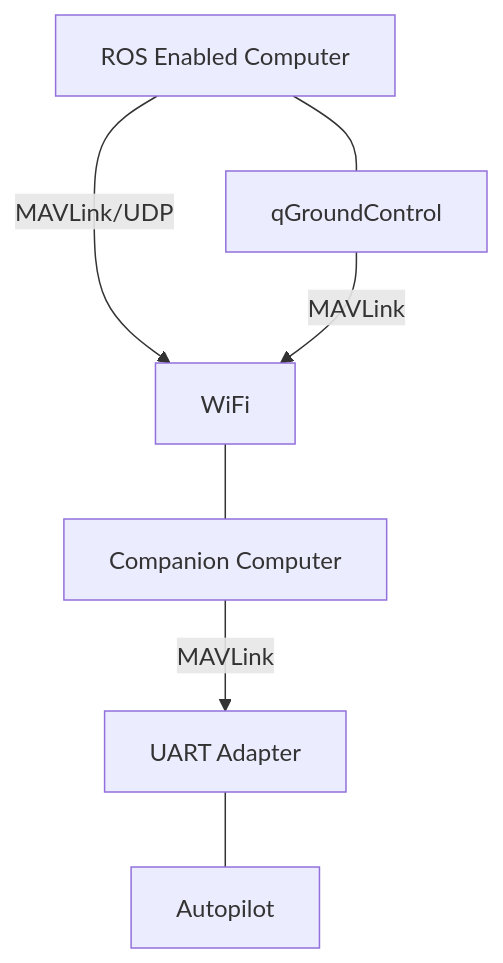
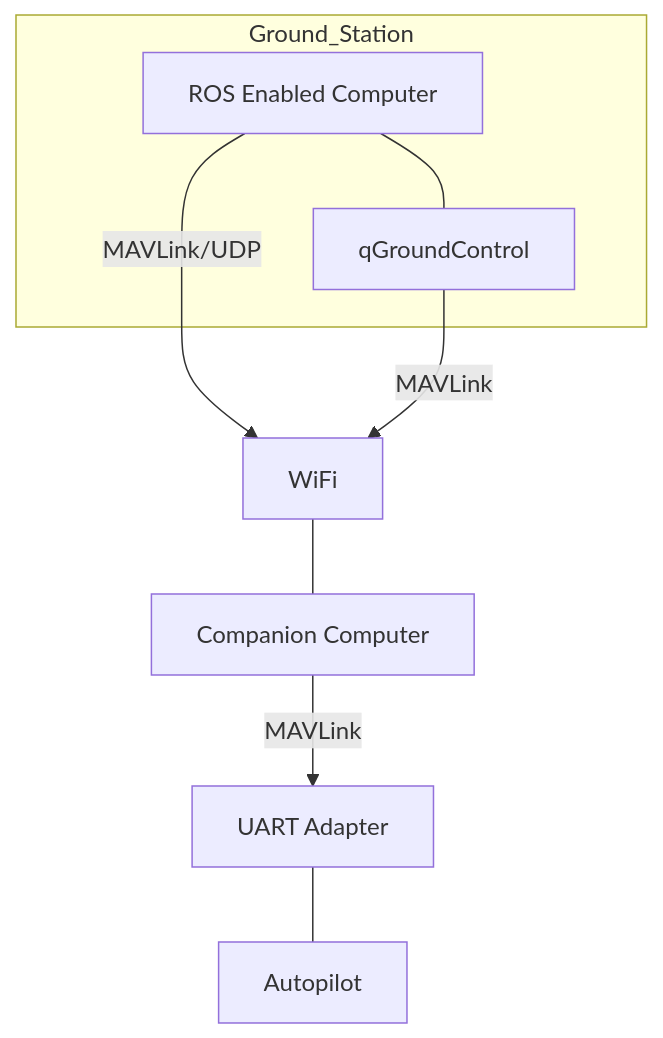
One commit to yxftju/PX4Devguide changed the third of 3 diagrams in offboard-control.md. Above: the diagram before and after it, drawn with Mermaid.

Commit message:
Updates offboard-control.md
Auto commit by GitBook Editor

```diff
--- a/offboard-control.md
+++ b/offboard-control.md
@@ -62,9 +62,11 @@
 {% mermaid %}
  graph TD;
+   subgraph Ground_Station
    gnd[ROS Enabled Computer] --- qgc[qGroundControl];
+   end
   gnd --MAVLink/UDP--> w[WiFi];
   qgc --MAVLink--> w;
   comp[Companion Computer] --MAVLink--> uart[UART Adapter];
   uart --- Autopilot;
   w --- comp;
 {% endmermaid %}
```
